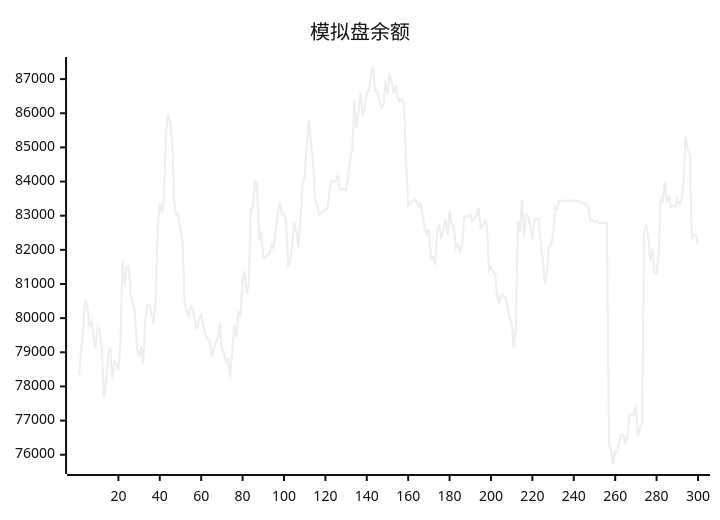
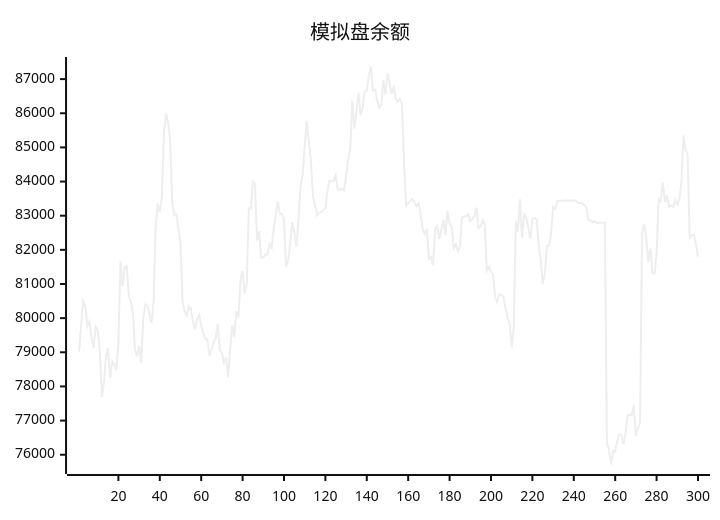
The diagram in README.md (aahl/ai-trading), drawn with Mermaid (neutral theme) before and after one commit. The commit also changed other lines of this file and 1 other file, not shown here.

````diff
--- a/README.md
+++ b/README.md
@@ -5,5 +5,5 @@
 ```mermaid
 xychart
     title "模拟盘余额"
-    line [78346,79023,79769,80497,80366,79761,79896,79448,79126,79749,79658,79097,77695,78114,78888,79126,78249,78738,78653,78478,79271,81680,80923,81488,81527,80681,80455,80190,79084,78879,79193,78686,79954,80403,80374,80118,79848,80491,82665,83351,83098,83525,85430,85983,85737,85221,83378,83014,83043,82613,82216,80477,80208,80081,80348,80277,79894,79670,79965,80093,79786,79542,79406,79371,78893,79087,79304,79406,79841,79072,78978,78696,78846,78272,79085,79787,79442,80198,80031,81120,81379,80718,80985,83214,83212,83993,83921,82270,82547,81776,81776,81866,81866,82158,82061,82596,83000,83408,83041,83050,82858,81503,81691,82188,82812,82517,82092,82901,83898,84180,85030,85781,85178,84604,83569,83298,83008,83093,83107,83175,83228,83729,84025,84017,84019,84177,83775,83762,83785,83738,84160,84639,84939,86370,85548,86046,86599,85942,86161,86622,86664,87115,87369,86666,86685,86384,86152,86243,86969,86548,87164,86885,86566,86809,86427,86348,86417,86273,84538,83299,83369,83430,83490,83404,83270,83362,83056,82605,82459,82614,81734,81788,81551,82598,82702,82320,82580,82878,82426,83139,82778,82686,82056,82166,81963,82110,82951,82983,82984,83038,82838,82915,82998,83235,82642,82682,82858,82746,81396,81512,81362,81277,80600,80461,80699,80673,80616,80288,80038,79836,79142,79722,82837,82533,83480,82366,83032,82960,82654,82330,82883,82934,82901,82188,81728,81005,81298,82110,82135,82449,83264,83203,83440,83439,83440,83440,83446,83447,83448,83447,83448,83449,83369,83369,83369,83313,83256,82872,82873,82801,82844,82785,82791,82791,82793,82794,76339,76145,75714,76110,76096,76397,76594,76585,76310,76607,77160,77170,77160,77456,76541,76774,76927,82520,82744,82337,81639,82040,81307,81314,81887,83490,83414,83984,83396,83594,83261,83287,83253,83470,83327,83465,83987,85348,84930,84786,82355,82433,82438,82167]
+    line [79023,79769,80497,80366,79761,79896,79448,79126,79749,79658,79097,77695,78114,78888,79126,78249,78738,78653,78478,79271,81680,80923,81488,81527,80681,80455,80190,79084,78879,79193,78686,79954,80403,80374,80118,79848,80491,82665,83351,83098,83525,85430,85983,85737,85221,83378,83014,83043,82613,82216,80477,80208,80081,80348,80277,79894,79670,79965,80093,79786,79542,79406,79371,78893,79087,79304,79406,79841,79072,78978,78696,78846,78272,79085,79787,79442,80198,80031,81120,81379,80718,80985,83214,83212,83993,83921,82270,82547,81776,81776,81866,81866,82158,82061,82596,83000,83408,83041,83050,82858,81503,81691,82188,82812,82517,82092,82901,83898,84180,85030,85781,85178,84604,83569,83298,83008,83093,83107,83175,83228,83729,84025,84017,84019,84177,83775,83762,83785,83738,84160,84639,84939,86370,85548,86046,86599,85942,86161,86622,86664,87115,87369,86666,86685,86384,86152,86243,86969,86548,87164,86885,86566,86809,86427,86348,86417,86273,84538,83299,83369,83430,83490,83404,83270,83362,83056,82605,82459,82614,81734,81788,81551,82598,82702,82320,82580,82878,82426,83139,82778,82686,82056,82166,81963,82110,82951,82983,82984,83038,82838,82915,82998,83235,82642,82682,82858,82746,81396,81512,81362,81277,80600,80461,80699,80673,80616,80288,80038,79836,79142,79722,82837,82533,83480,82366,83032,82960,82654,82330,82883,82934,82901,82188,81728,81005,81298,82110,82135,82449,83264,83203,83440,83439,83440,83440,83446,83447,83448,83447,83448,83449,83369,83369,83369,83313,83256,82872,82873,82801,82844,82785,82791,82791,82793,82794,76339,76145,75714,76110,76096,76397,76594,76585,76310,76607,77160,77170,77160,77456,76541,76774,76927,82520,82744,82337,81639,82040,81307,81314,81887,83490,83414,83984,83396,83594,83261,83287,83253,83470,83327,83465,83987,85348,84930,84786,82355,82433,82438,82167,81795]
 ```
````
